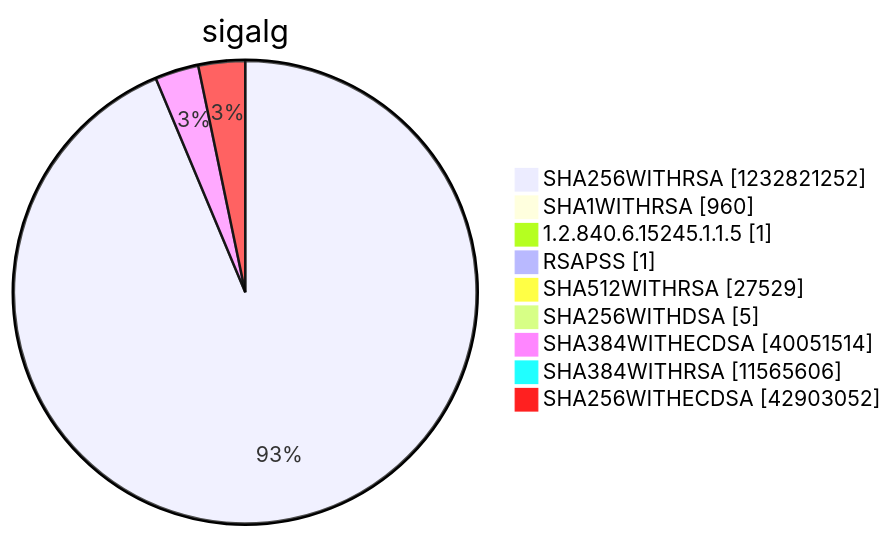
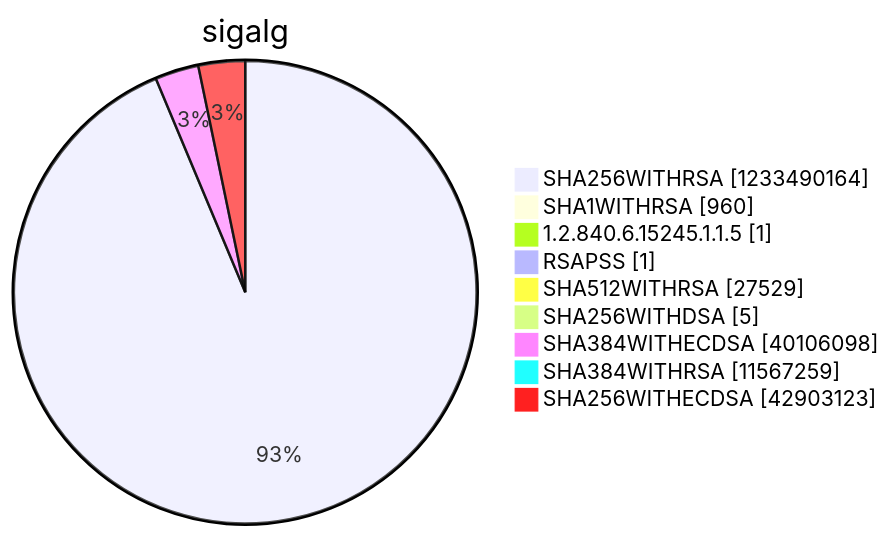
Diagram 15 of 15 in argon2022/README.md (christiankrug/ctmonitor_visualization), drawn with Mermaid before and after one commit. The commit also changed other lines of this file, not shown here.

````diff
--- a/argon2022/README.md
+++ b/argon2022/README.md
@@ -5522,13 +5522,13 @@
 ```mermaid
 pie showData
 title sigalg
-"SHA256WITHRSA" :1232821252
+"SHA256WITHRSA" :1233490164
 "SHA1WITHRSA" :960
 "1.2.840.6.15245.1.1.5" :1
 "RSAPSS" :1
 "SHA512WITHRSA" :27529
 "SHA256WITHDSA" :5
-"SHA384WITHECDSA" :40051514
-"SHA384WITHRSA" :11565606
-"SHA256WITHECDSA" :42903052
+"SHA384WITHECDSA" :40106098
+"SHA384WITHRSA" :11567259
+"SHA256WITHECDSA" :42903123
 ```
````
